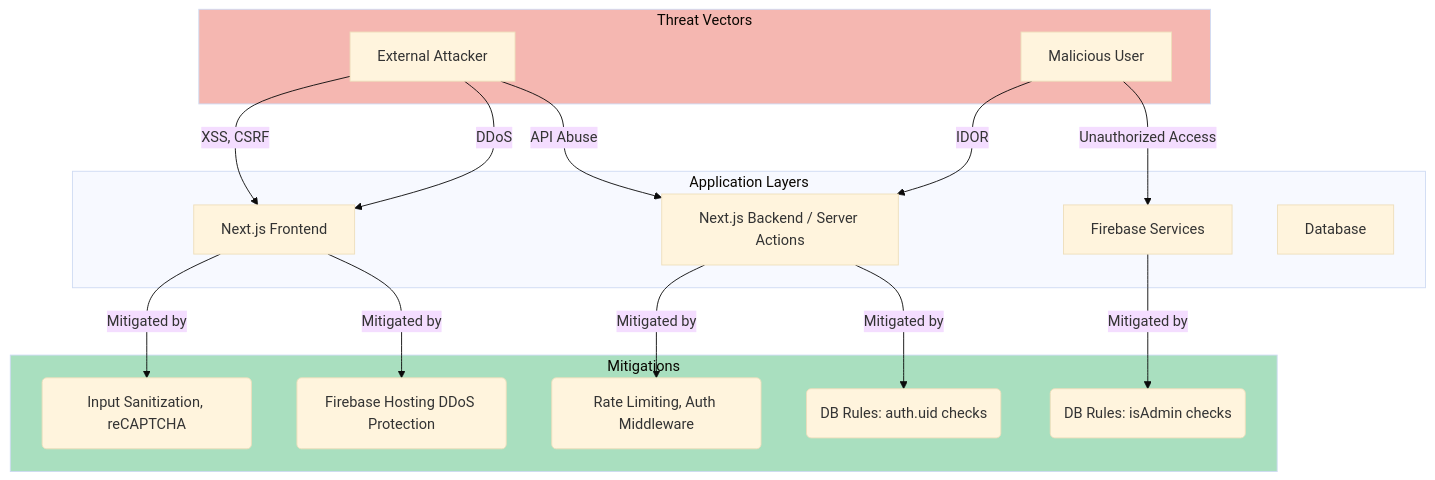
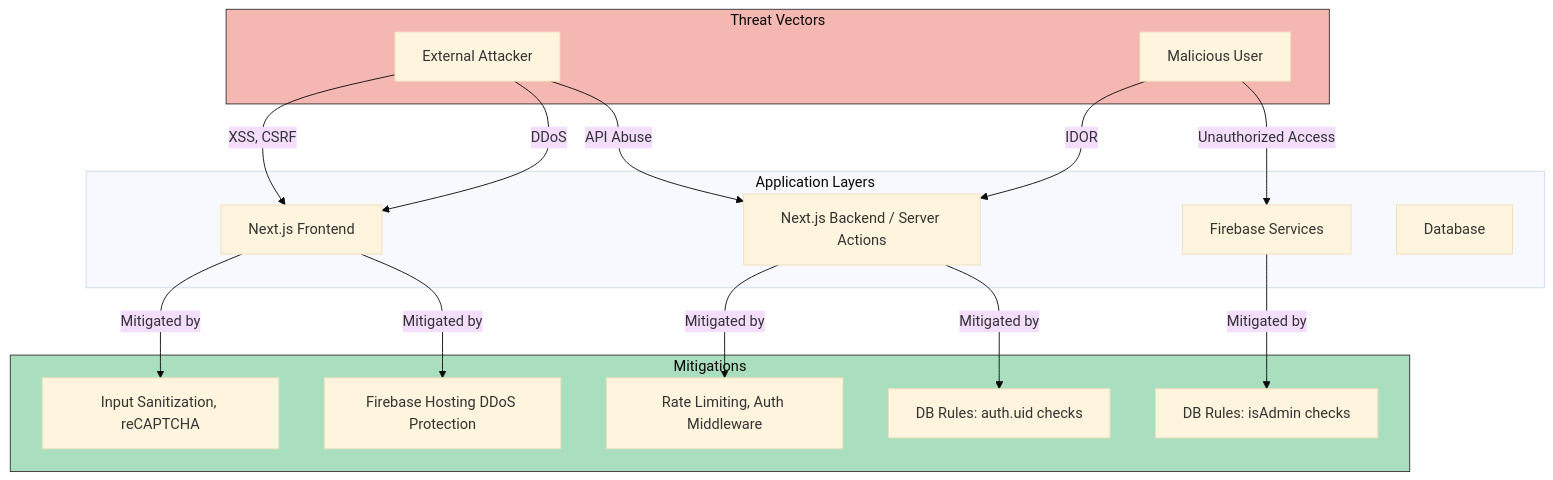
One commit to Kmaina32/Ubuntu-Academy- changed the fourth of 6 diagrams in src/markdown_files/VISUAL_FRAMEWORK.md. Above: the diagram before and after it, drawn with Mermaid (base theme). The commit also changed other lines of this file, not shown here.

````diff
--- a/src/markdown_files/VISUAL_FRAMEWORK.md
+++ b/src/markdown_files/VISUAL_FRAMEWORK.md
@@ -122,37 +122,37 @@
 ```mermaid
 graph TD
     subgraph THREATS ["Threat Vectors"]
         A[External Attacker]
         B[Malicious User]
     end
     
     subgraph LAYERS ["Application Layers"]
         C[Next.js Frontend]
-        D[Next.js Backend / Server Actions]
+        D["Next.js Backend / Server Actions"]
         E[Firebase Services]
         F[Database]
     end
     
-    A -->|XSS, CSRF| C
+    A -->|"XSS, CSRF"| C
     A -->|DDoS| C
-    A -->|API Abuse| D
+    A -->|"API Abuse"| D
     B -->|IDOR| D
-    B -->|Unauthorized Access| E
+    B -->|"Unauthorized Access"| E
     
     subgraph MITIGATIONS ["Mitigations"]
-        M1(Input Sanitization, reCAPTCHA)
-        M2(Firebase Hosting DDoS Protection)
-        M3(Rate Limiting, Auth Middleware)
-        M4(DB Rules: auth.uid checks)
-        M5(DB Rules: isAdmin checks)
+        M1["Input Sanitization, reCAPTCHA"]
+        M2["Firebase Hosting DDoS Protection"]
+        M3["Rate Limiting, Auth Middleware"]
+        M4["DB Rules: auth.uid checks"]
+        M5["DB Rules: isAdmin checks"]
     end
     
-    C -- Mitigated by --> M1
-    C -- Mitigated by --> M2
-    D -- Mitigated by --> M3
-    D -- Mitigated by --> M4
-    E -- Mitigated by --> M5
+    C -- "Mitigated by" --> M1
+    C -- "Mitigated by" --> M2
+    D -- "Mitigated by" --> M3
+    D -- "Mitigated by" --> M4
+    E -- "Mitigated by" --> M5
     
-    style THREATS fill:#F5B7B1
-    style MITIGATIONS fill:#A9DFBF
+    style THREATS fill:#F5B7B1,stroke:#333
+    style MITIGATIONS fill:#A9DFBF,stroke:#333
 ```
````
